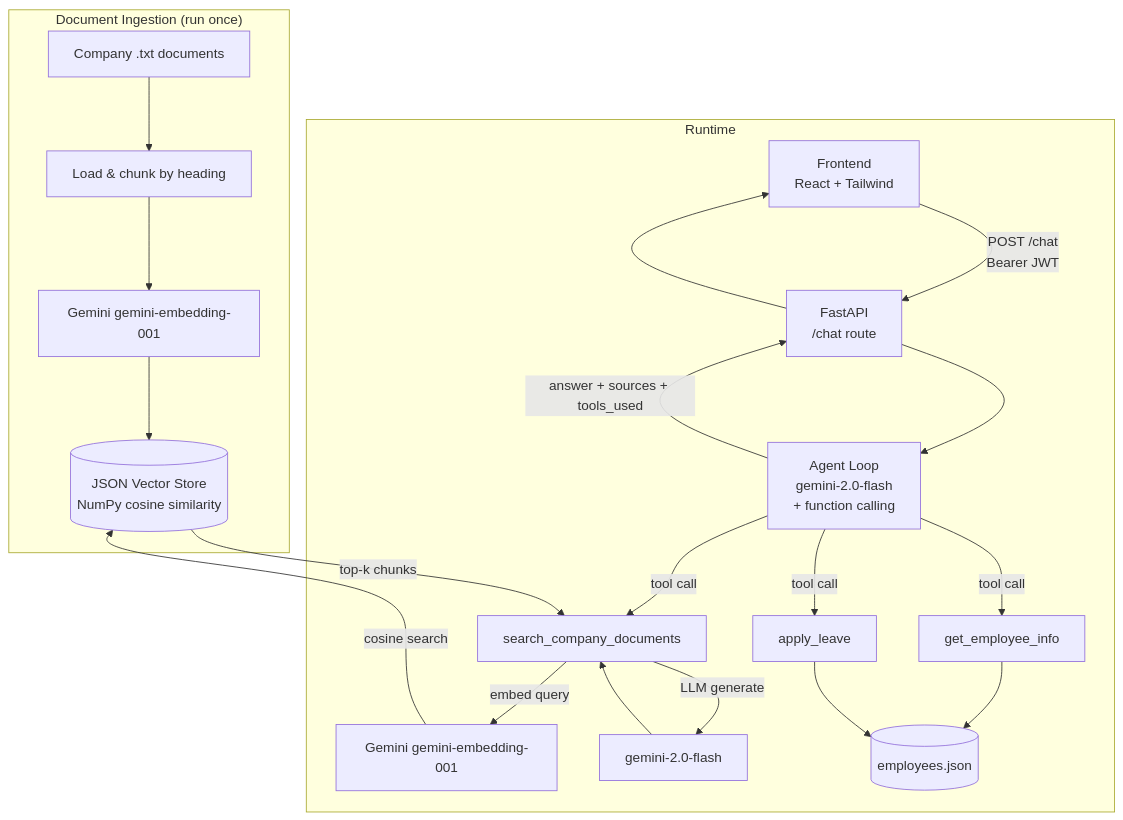
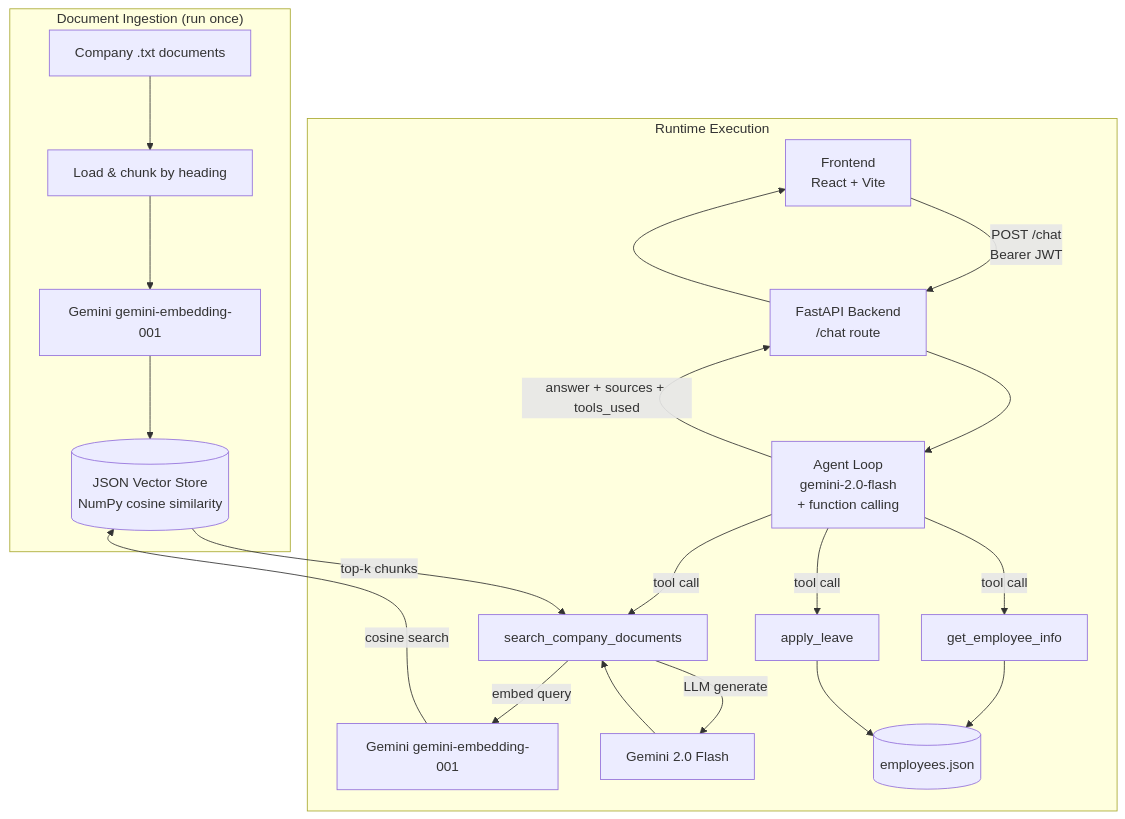
The second of 2 diagrams in README.md (0xRoS-200/EndWidth-Assessment), drawn with Mermaid before and after one commit. The commit also changed other lines of this file, not shown here.

Commit message:
docs: replace manual ASCII diagrams with clean Mermaid diagrams in README

````diff
--- a/README.md
+++ b/README.md
@@ -75,29 +38,29 @@
 ```mermaid
 flowchart TD
     subgraph Ingestion ["Document Ingestion (run once)"]
         D[Company .txt documents] --> L[Load & chunk by heading]
         L --> E[Gemini gemini-embedding-001]
         E --> V[(JSON Vector Store\nNumPy cosine similarity)]
     end
 
-    subgraph Runtime ["Runtime"]
-        FE[Frontend\nReact + Tailwind] -->|POST /chat\nBearer JWT| API[FastAPI\n/chat route]
+    subgraph Runtime ["Runtime Execution"]
+        FE[Frontend\nReact + Vite] -->|POST /chat\nBearer JWT| API[FastAPI Backend\n/chat route]
         API --> AG[Agent Loop\ngemini-2.0-flash\n+ function calling]
 
         AG -->|tool call| T1[search_company_documents]
         AG -->|tool call| T2[get_employee_info]
         AG -->|tool call| T3[apply_leave]
 
         T1 -->|embed query| E2[Gemini gemini-embedding-001]
         E2 -->|cosine search| V
         V -->|top-k chunks| T1
-        T1 -->|LLM generate| LLM[gemini-2.0-flash]
+        T1 -->|LLM generate| LLM[Gemini 2.0 Flash]
         LLM --> T1
 
         T2 --> EDB[(employees.json)]
         T3 --> EDB
 
         AG -->|answer + sources + tools_used| API
         API --> FE
     end
 ```
````
